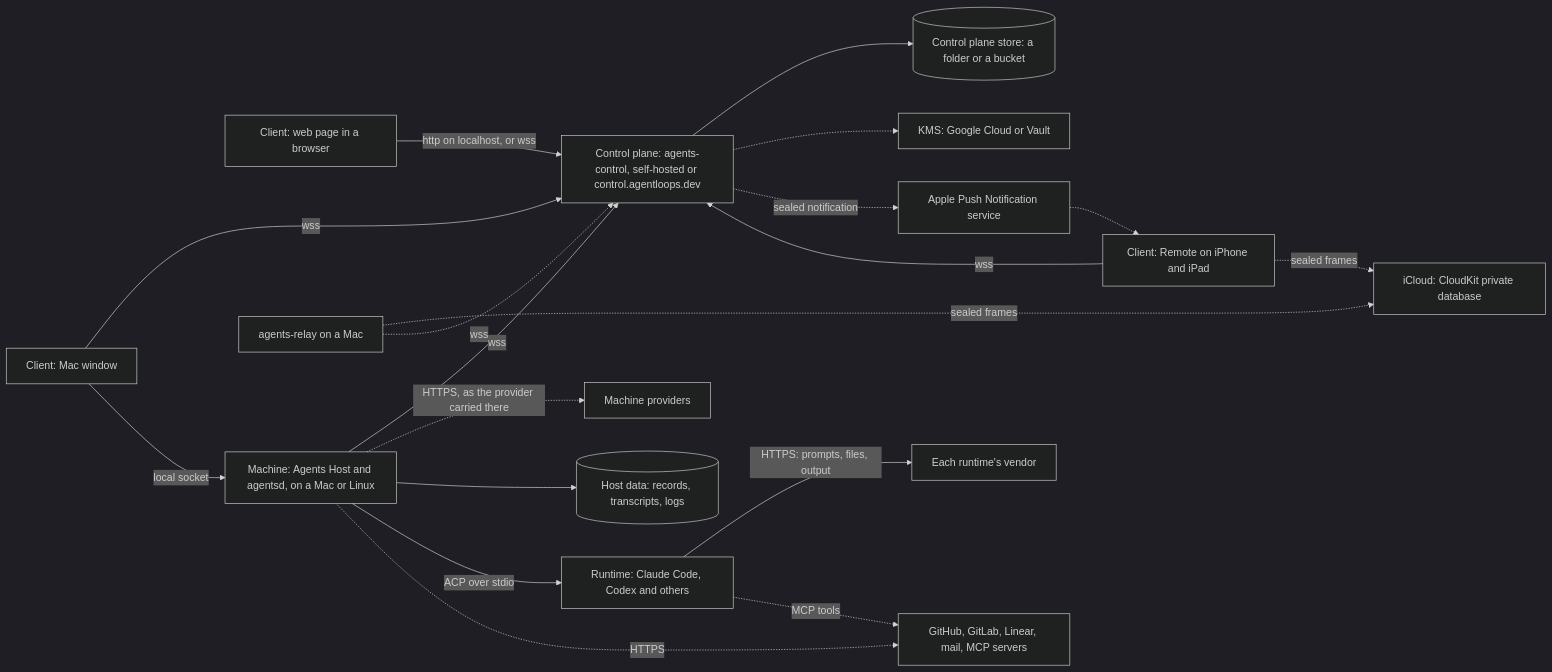
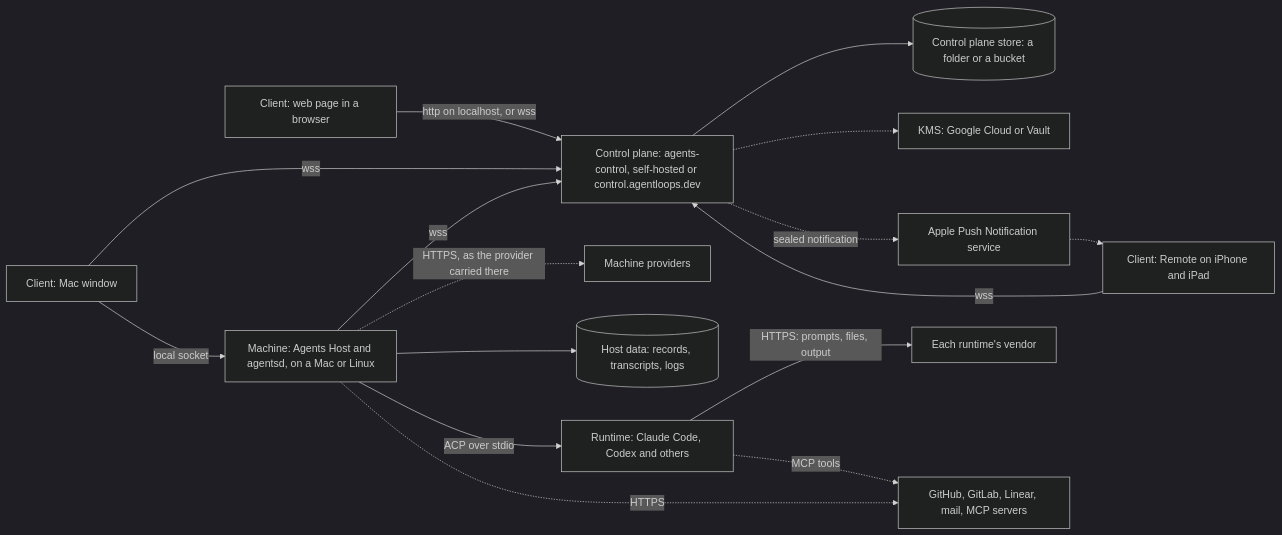
Before and after one commit to alexec/Agents: the diagram in docs/explanation/compliance/data-flow.md, drawn with Mermaid (dark theme). The commit also changed other lines of this file and 161 other files, not shown here.

First line of the commit message:
Remove the relay: phones reach a cloud control plane directly (#3390)

````diff
--- a/docs/explanation/compliance/data-flow.md
+++ b/docs/explanation/compliance/data-flow.md
@@ -18,37 +18,32 @@
 ```mermaid
 flowchart LR
     mac["Client: Mac window"]
     remote["Client: Remote on iPhone and iPad"]
     web["Client: web page in a browser"]
     control["Control plane: agents-control, self-hosted or control.agentloops.dev"]
     store[("Control plane store: a folder or a bucket")]
     agentsd["Machine: Agents Host and agentsd, on a Mac or Linux"]
     data[("Host data: records, transcripts, logs")]
     runtime["Runtime: Claude Code, Codex and others"]
-    relay["agents-relay on a Mac"]
-    icloud["iCloud: CloudKit private database"]
     apns["Apple Push Notification service"]
     vendor["Each runtime's vendor"]
     integrations["GitHub, GitLab, Linear, mail, MCP servers"]
     providers["Machine providers"]
     kms["KMS: Google Cloud or Vault"]
 
     mac -->|"wss"| control
     mac -->|"local socket"| agentsd
     remote -->|"wss"| control
     web -->|"http on localhost, or wss"| control
     agentsd -->|"wss"| control
     control --> store
     control -.-> kms
     agentsd -.->|"HTTPS, as the provider carried there"| providers
     control -.->|"sealed notification"| apns
     apns -.-> remote
     agentsd --> data
     agentsd -->|"ACP over stdio"| runtime
     runtime -->|"HTTPS: prompts, files, output"| vendor
     agentsd -.->|"HTTPS"| integrations
     runtime -.->|"MCP tools"| integrations
-    remote -.->|"sealed frames"| icloud
-    relay -.->|"sealed frames"| icloud
-    relay -.->|"wss"| control
 ```
````
